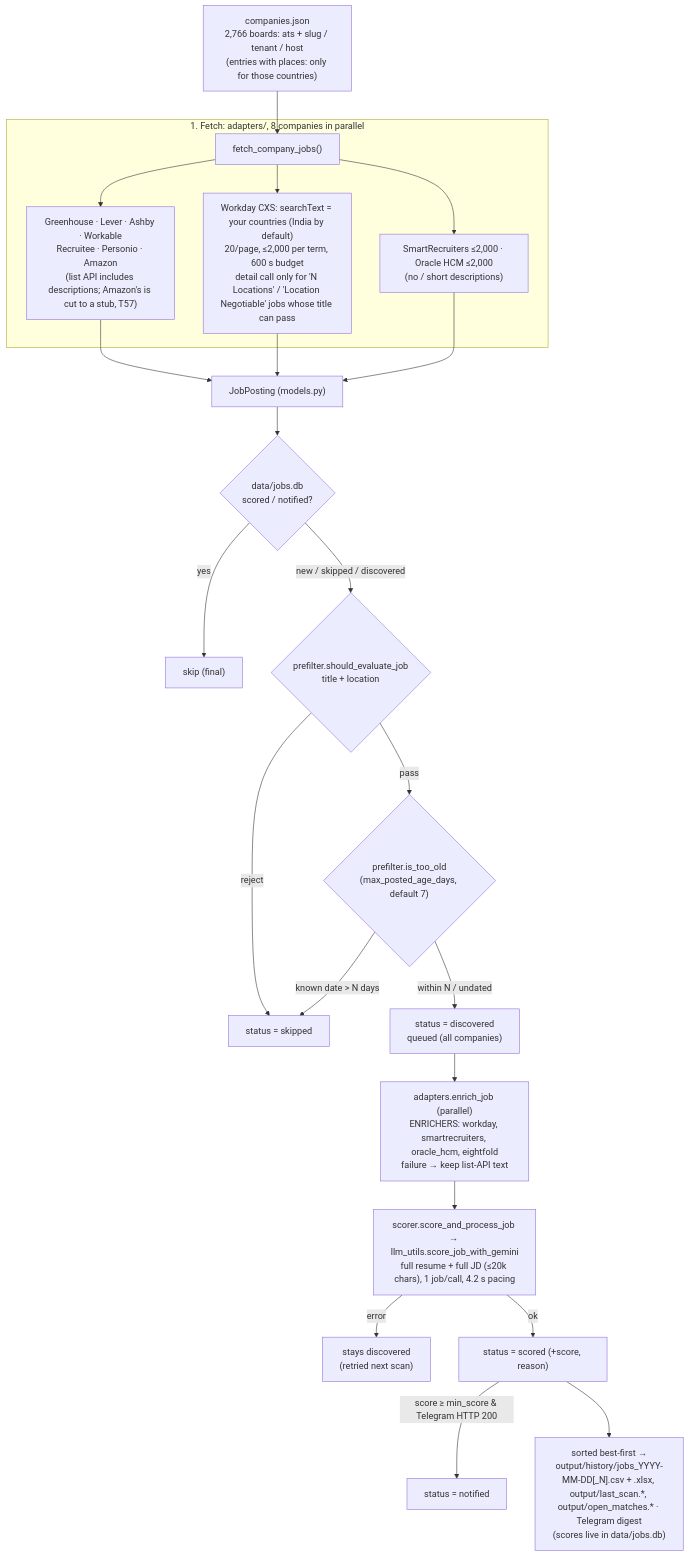
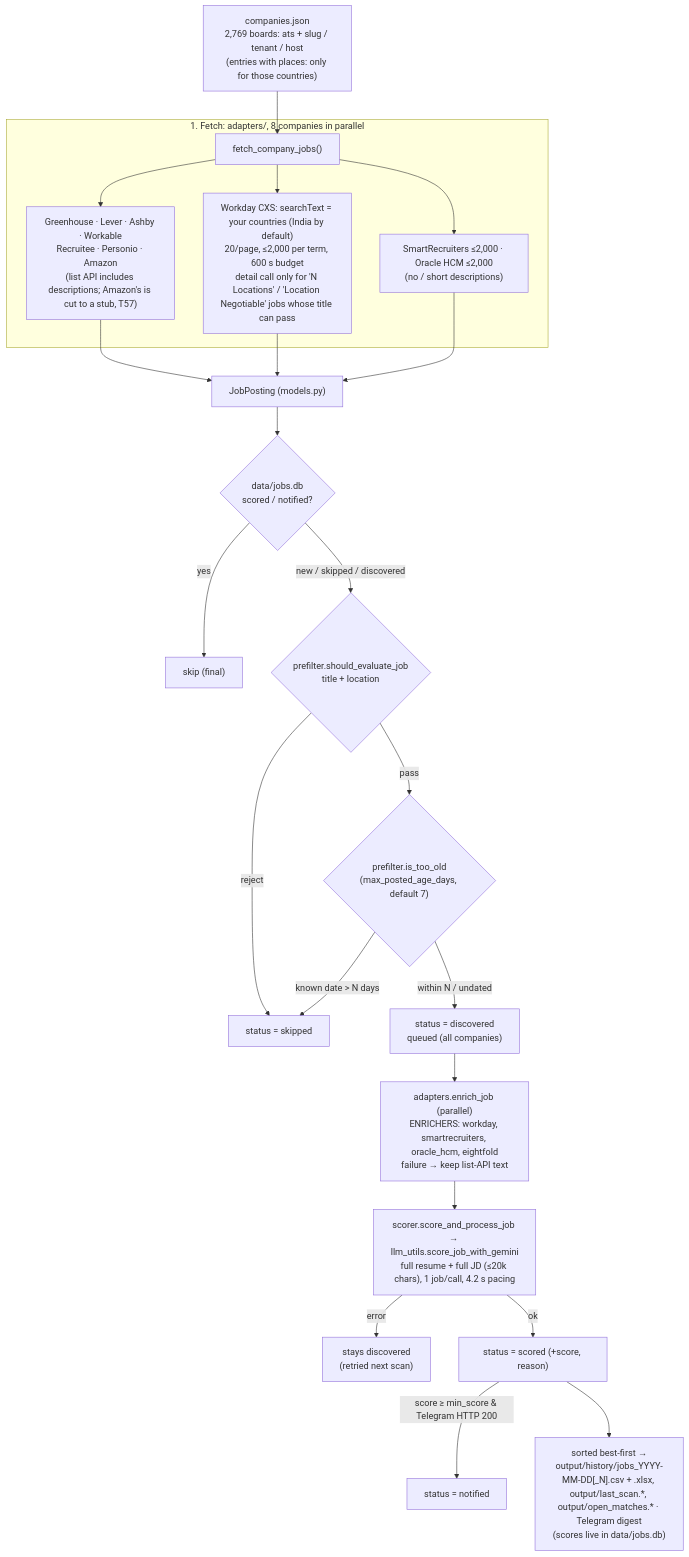
Before and after one commit to Manish814142/rolesight: the diagram in ARCHITECTURE.md, drawn with Mermaid. The commit also changed 8 other files, not shown here.

````diff
--- a/ARCHITECTURE.md
+++ b/ARCHITECTURE.md
@@ -19,25 +19,25 @@
 ```mermaid
 flowchart TD
-    COMP["companies.json<br/>2,766 boards: ats + slug / tenant / host<br/>(entries with places: only for those countries)"] --> FETCH
+    COMP["companies.json<br/>2,769 boards: ats + slug / tenant / host<br/>(entries with places: only for those countries)"] --> FETCH
     subgraph Fetch ["1. Fetch: adapters/, 8 companies in parallel"]
         FETCH["fetch_company_jobs()"] --> LISTAPI["Greenhouse · Lever · Ashby · Workable<br/>Recruitee · Personio · Amazon<br/>(list API includes descriptions; Amazon's is cut to a stub, T57)"]
         FETCH --> WD["Workday CXS: searchText = your countries (India by default)<br/>20/page, ≤2,000 per term, 600 s budget<br/>detail call only for 'N Locations' / 'Location Negotiable' jobs whose title can pass"]
         FETCH --> SROH["SmartRecruiters ≤2,000 · Oracle HCM ≤2,000<br/>(no / short descriptions)"]
     end
     LISTAPI --> JP["JobPosting (models.py)"]
     WD --> JP
     SROH --> JP
     JP --> DEDUP{"data/jobs.db<br/>scored / notified?"}
     DEDUP -- yes --> SKIPF["skip (final)"]
     DEDUP -- "new / skipped / discovered" --> PF{"prefilter.should_evaluate_job<br/>title + location"}
     PF -- reject --> SKIPPED["status = skipped"]
     PF -- pass --> AGE{"prefilter.is_too_old<br/>(max_posted_age_days, default 7)"}
     AGE -- "known date > N days" --> SKIPPED
     AGE -- "within N / undated" --> QUEUE["status = discovered<br/>queued (all companies)"]
     QUEUE --> ENRICH["adapters.enrich_job (parallel)<br/>ENRICHERS: workday, smartrecruiters, oracle_hcm, eightfold<br/>failure → keep list-API text"]
     ENRICH --> SCORE["scorer.score_and_process_job → llm_utils.score_job_with_gemini<br/>full resume + full JD (≤20k chars), 1 job/call, 4.2 s pacing"]
     SCORE -- error --> DISC["stays discovered<br/>(retried next scan)"]
     SCORE -- ok --> SCORED["status = scored (+score, reason)"]
     SCORED -- "score ≥ min_score & Telegram HTTP 200" --> NOTIFIED["status = notified"]
     SCORED --> OUT["sorted best-first →<br/>output/history/jobs_YYYY-MM-DD[_N].csv + .xlsx, output/last_scan.*, output/open_matches.* · Telegram digest<br/>(scores live in data/jobs.db)"]
 ```
````
